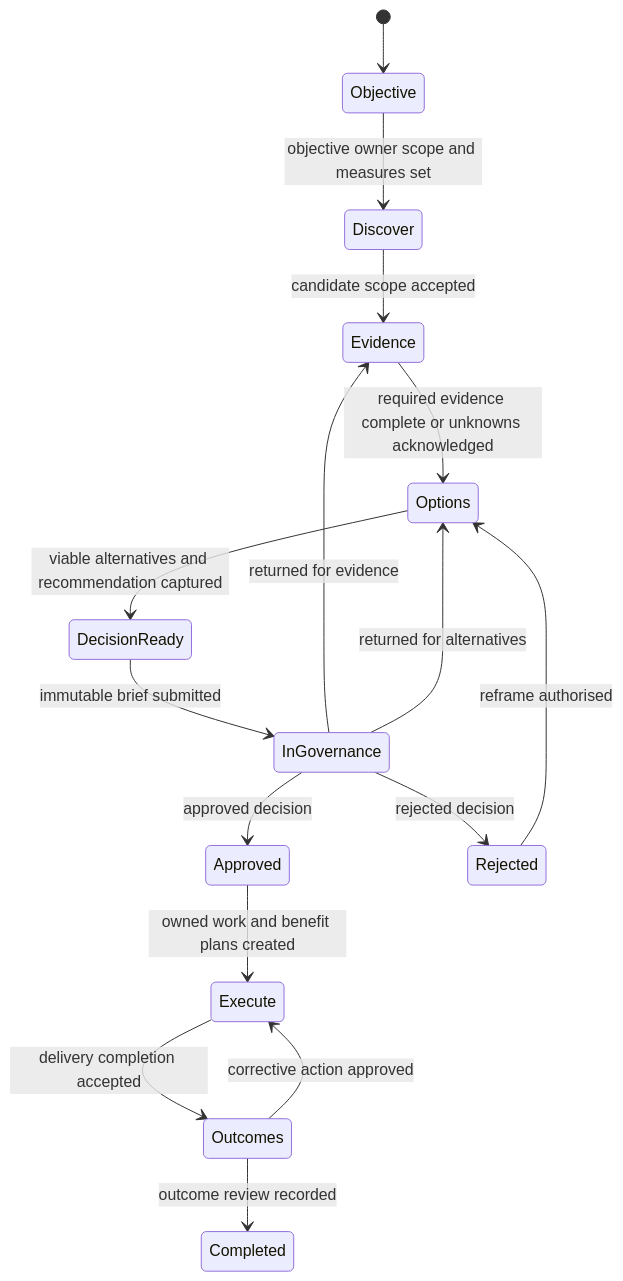
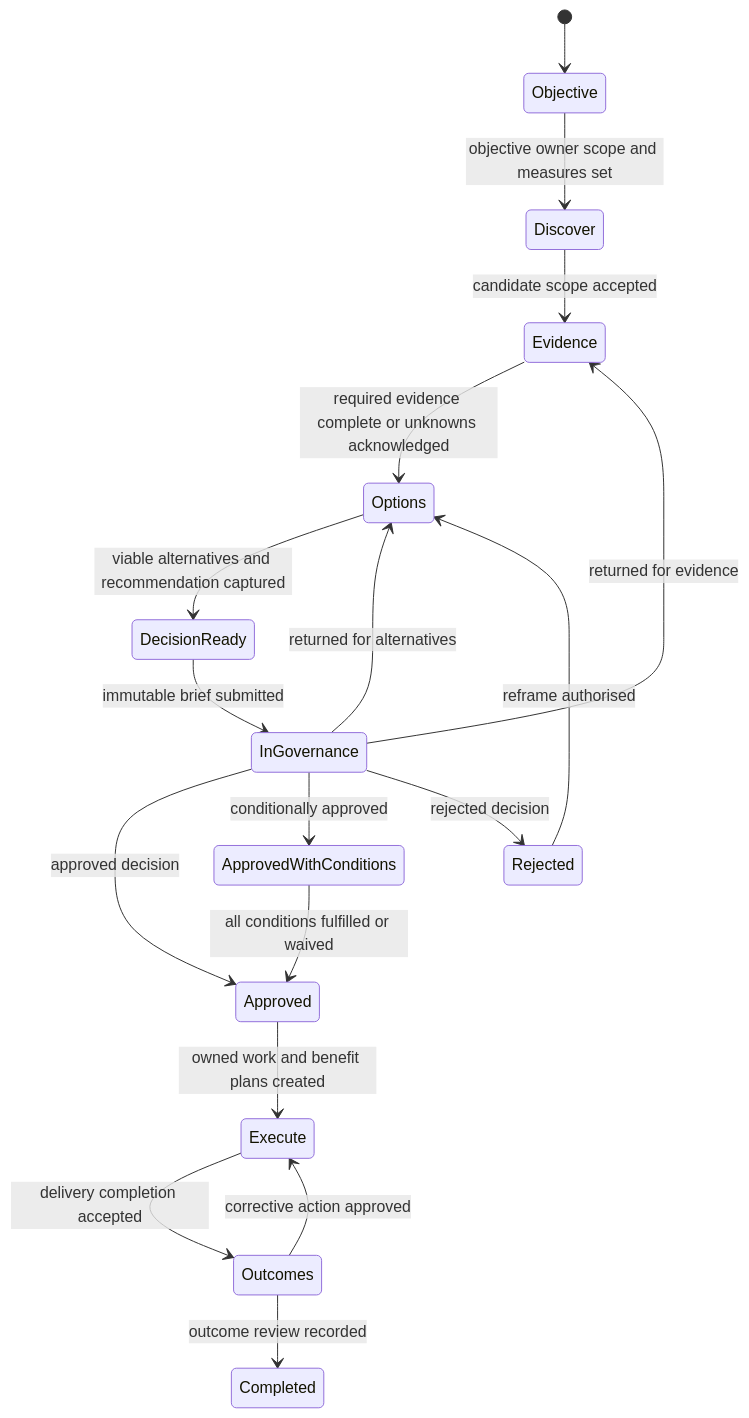
One commit to Anioko/archie-ea changed the second of 2 diagrams in docs/superpowers/specs/2026-08-22-application-rationalisation-transformation-room-design.md. Above: the diagram before and after it, drawn with Mermaid. The commit also changed other lines of this file, not shown here.

````diff
--- a/docs/superpowers/specs/2026-08-22-application-rationalisation-transformation-room-design.md
+++ b/docs/superpowers/specs/2026-08-22-application-rationalisation-transformation-room-design.md
@@ -183,18 +189,20 @@
 ```mermaid
 stateDiagram-v2
     [*] --> Objective
     Objective --> Discover: objective owner scope and measures set
     Discover --> Evidence: candidate scope accepted
     Evidence --> Options: required evidence complete or unknowns acknowledged
     Options --> DecisionReady: viable alternatives and recommendation captured
     DecisionReady --> InGovernance: immutable brief submitted
     InGovernance --> Evidence: returned for evidence
     InGovernance --> Options: returned for alternatives
     InGovernance --> Approved: approved decision
+    InGovernance --> ApprovedWithConditions: conditionally approved
     InGovernance --> Rejected: rejected decision
+    ApprovedWithConditions --> Approved: all conditions fulfilled or waived
     Approved --> Execute: owned work and benefit plans created
     Execute --> Outcomes: delivery completion accepted
     Outcomes --> Completed: outcome review recorded
     Outcomes --> Execute: corrective action approved
     Rejected --> Options: reframe authorised
 ```
````
